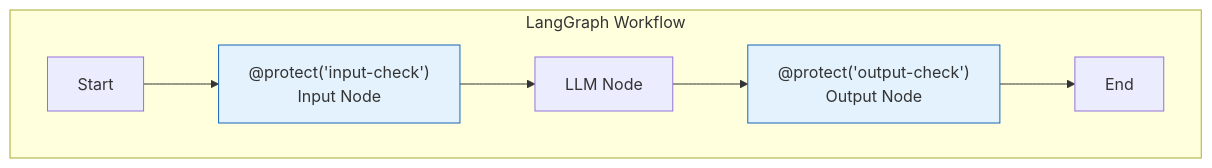
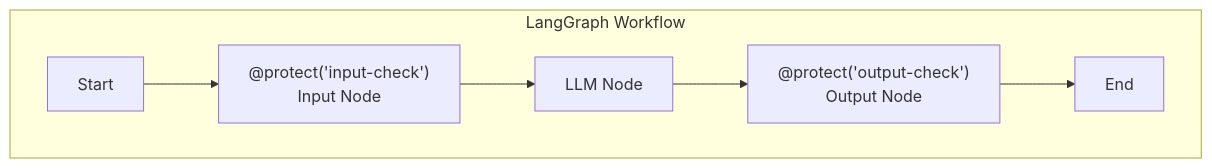
One commit to agentcontrol/agent-control changed the tenth of 11 diagrams in diagrams/08-protect-decorator-flow.md. Above: the diagram before and after it, drawn with Mermaid. The commit also changed other lines of this file and 9 other files, not shown here.

````diff
--- a/diagrams/08-protect-decorator-flow.md
+++ b/diagrams/08-protect-decorator-flow.md
@@ -209,20 +185,17 @@
 ```mermaid
 flowchart TD
     subgraph graph["LangGraph Workflow"]
         start["Start"]
         
         node1["@protect('input-check')<br/>Input Node"]
         node2["LLM Node"]
         node3["@protect('output-check')<br/>Output Node"]
         
         finish["End"]
     end
 
     start --> node1
     node1 --> node2
     node2 --> node3
     node3 --> finish
-
-    style node1 fill:#e3f2fd,stroke:#1565c0
-    style node3 fill:#e3f2fd,stroke:#1565c0
 ```
````
